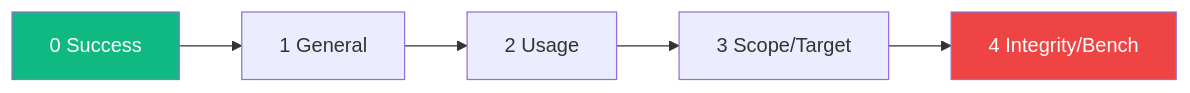
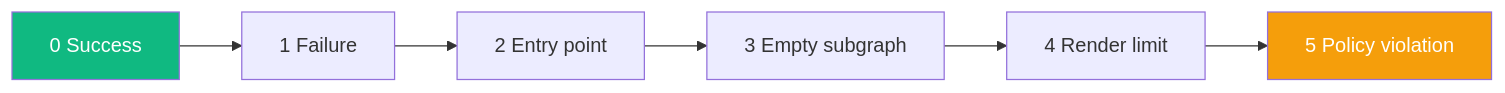
Before and after one commit to Syamchand123/GlassMarble: the second of 2 diagrams in docs/cli.md, drawn with Mermaid. The commit also changed other lines of this file and 161 other files, not shown here.

````diff
--- a/docs/cli.md
+++ b/docs/cli.md
@@ -55,9 +55,10 @@
 ```mermaid
 flowchart LR
-  E0[0 Success] --> E1[1 General]
-  E1 --> E2[2 Usage]
-  E2 --> E3[3 Scope/Target]
-  E3 --> E4[4 Integrity/Bench]
+  E0[0 Success] --> E1[1 Failure]
+  E1 --> E2[2 Entry point]
+  E2 --> E3[3 Empty subgraph]
+  E3 --> E4[4 Render limit]
+  E4 --> E5[5 Policy violation]
   style E0 fill:#10b981,color:#fff
-  style E4 fill:#ef4444,color:#fff
+  style E5 fill:#f59e0b,color:#fff
 ```
````
